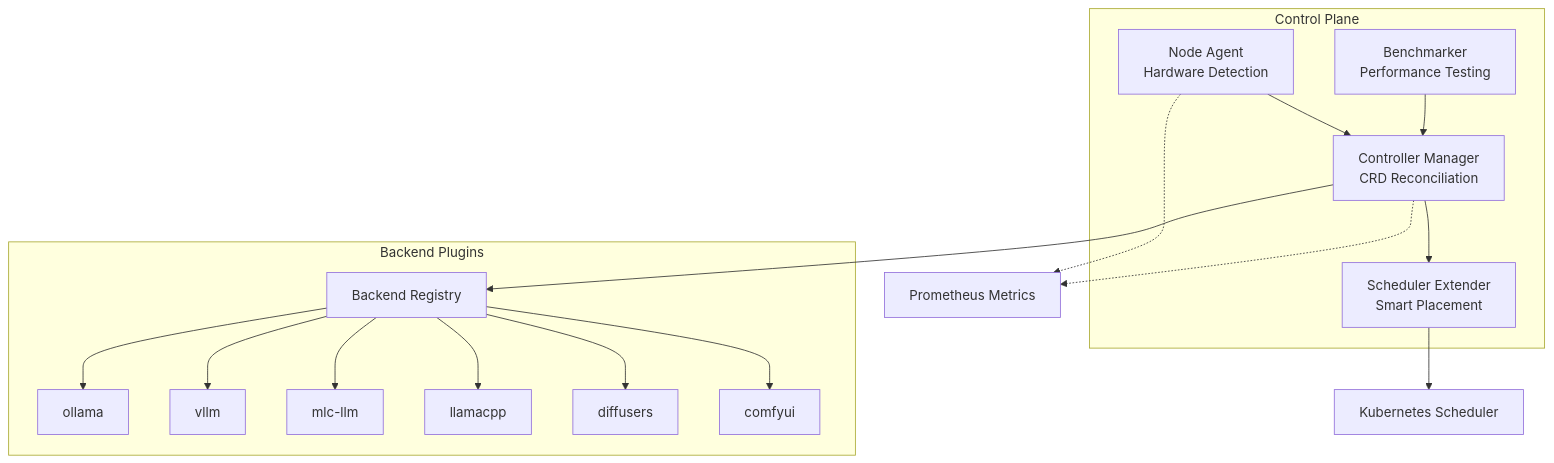
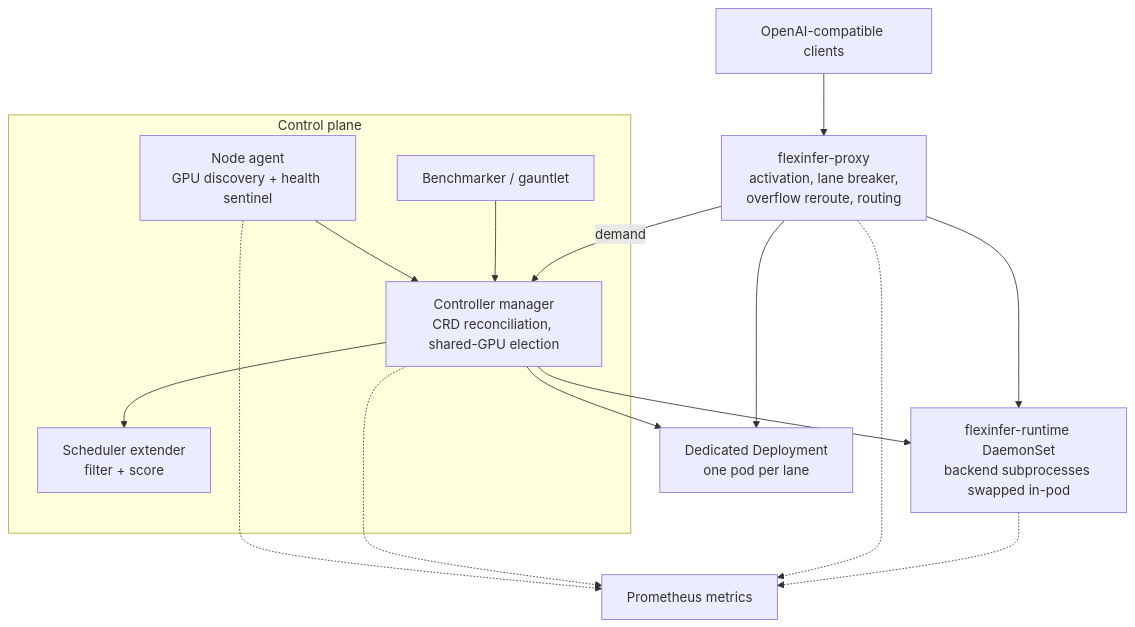
The diagram in README.md (flexinfer/flexinfer), drawn with Mermaid before and after one commit. The commit also changed other lines of this file, not shown here.

First line of the commit message:
docs(readme): state current serving truth and the unified runtime image direction

````diff
--- a/README.md
+++ b/README.md
@@ -59,23 +112,21 @@
 ```mermaid
 graph TB
-    subgraph "Control Plane"
-        Agent[Node Agent<br/>Hardware Detection] --> Controller[Controller Manager<br/>CRD Reconciliation]
-        Benchmarker[Benchmarker<br/>Performance Testing] --> Controller
-        Controller --> Scheduler[Scheduler Extender<br/>Smart Placement]
+    Client[OpenAI-compatible clients] --> Proxy[flexinfer-proxy<br/>activation, lane breaker,<br/>overflow reroute, routing]
+
+    subgraph "Control plane"
+        Agent[Node agent<br/>GPU discovery + health sentinel] --> Controller[Controller manager<br/>CRD reconciliation, shared-GPU election]
+        Controller --> Scheduler[Scheduler extender<br/>filter + score]
+        Bench[Benchmarker / gauntlet] --> Controller
     end
 
-    subgraph "Backend Plugins"
-        Controller --> Backend[Backend Registry]
-        Backend --> Ollama[ollama]
-        Backend --> VLLM[vllm]
-        Backend --> MLC[mlc-llm]
-        Backend --> LlamaCpp[llamacpp]
-        Backend --> Diffusers[diffusers]
-        Backend --> ComfyUI[comfyui]
-    end
+    Proxy -->|demand| Controller
+    Controller --> Dedicated[Dedicated Deployment<br/>one pod per lane]
+    Controller --> Runtime[flexinfer-runtime DaemonSet<br/>backend subprocesses swapped in-pod]
+    Proxy --> Dedicated
+    Proxy --> Runtime
 
-    Scheduler --> K8s[Kubernetes Scheduler]
-
-    Agent -.-> Metrics[Prometheus Metrics]
+    Agent -.-> Metrics[Prometheus metrics]
     Controller -.-> Metrics
+    Proxy -.-> Metrics
+    Runtime -.-> Metrics
 ```
````
